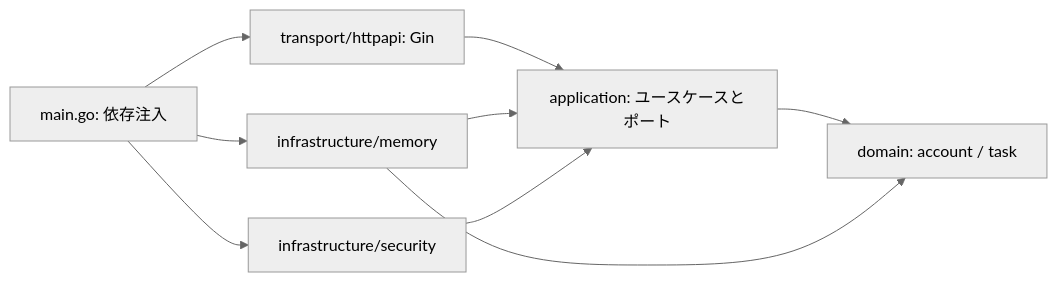
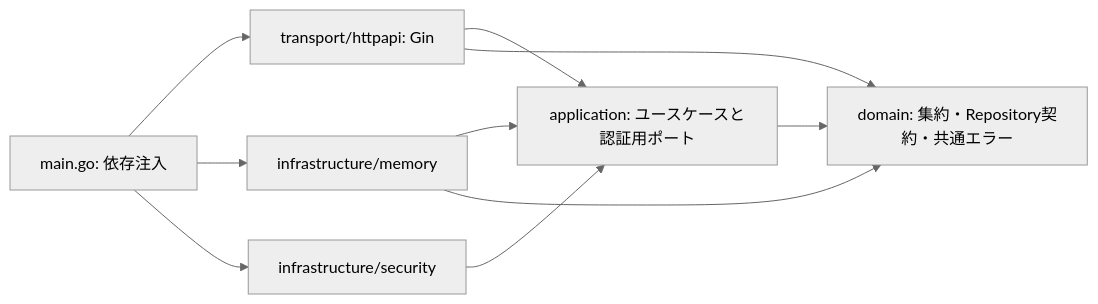
The diagram in README.md (Techondorius/try_golang), drawn with Mermaid (neutral theme) before and after one commit. The commit also changed other lines of this file and 16 other files, not shown here.

````diff
--- a/README.md
+++ b/README.md
@@ -41,11 +41,12 @@
 ```mermaid
 flowchart LR
   Main[main.go: 依存注入] --> HTTP[transport/httpapi: Gin]
   Main --> Memory[infrastructure/memory]
   Main --> Security[infrastructure/security]
-  HTTP --> App[application: ユースケースとポート]
+  HTTP --> App[application: ユースケースと認証用ポート]
   Memory --> App
   Security --> App
-  App --> Domain[domain: account / task]
+  App --> Domain[domain: 集約・Repository契約・共通エラー]
+  HTTP --> Domain
   Memory --> Domain
 ```
````
